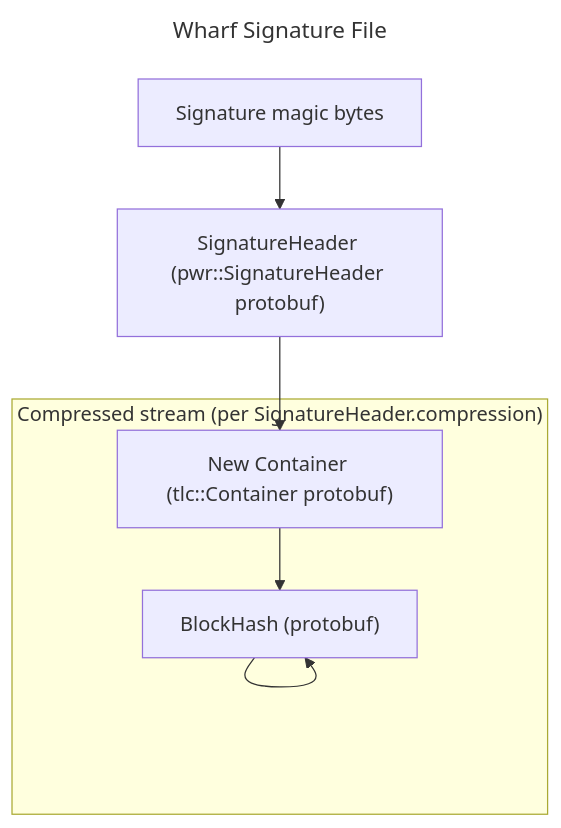
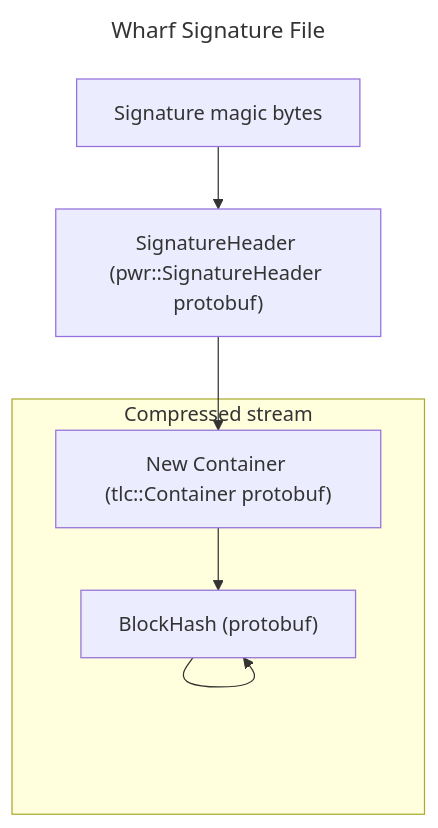
The diagram in docs/wharf/file_formats/signature.md (Vidi0/scratch-io), drawn with Mermaid before and after one commit.

Commit message:
Rename diagram subgraph

````diff
--- a/docs/wharf/file_formats/signature.md
+++ b/docs/wharf/file_formats/signature.md
@@ -1,12 +1,12 @@
 ```mermaid
 ---
 title: Wharf Signature File
 ---
 flowchart TB
     Magic["Signature magic bytes"] --> SignatureHeader["SignatureHeader (pwr::SignatureHeader protobuf)"]
     SignatureHeader --> ContainerNew
-    subgraph Compressed["Compressed stream (per SignatureHeader.compression)"]
+    subgraph Compressed["Compressed stream"]
         ContainerNew["New Container (tlc::Container protobuf)"] --> BlockHash["BlockHash (protobuf)"]
         BlockHash --> BlockHash
     end
 ```
````
